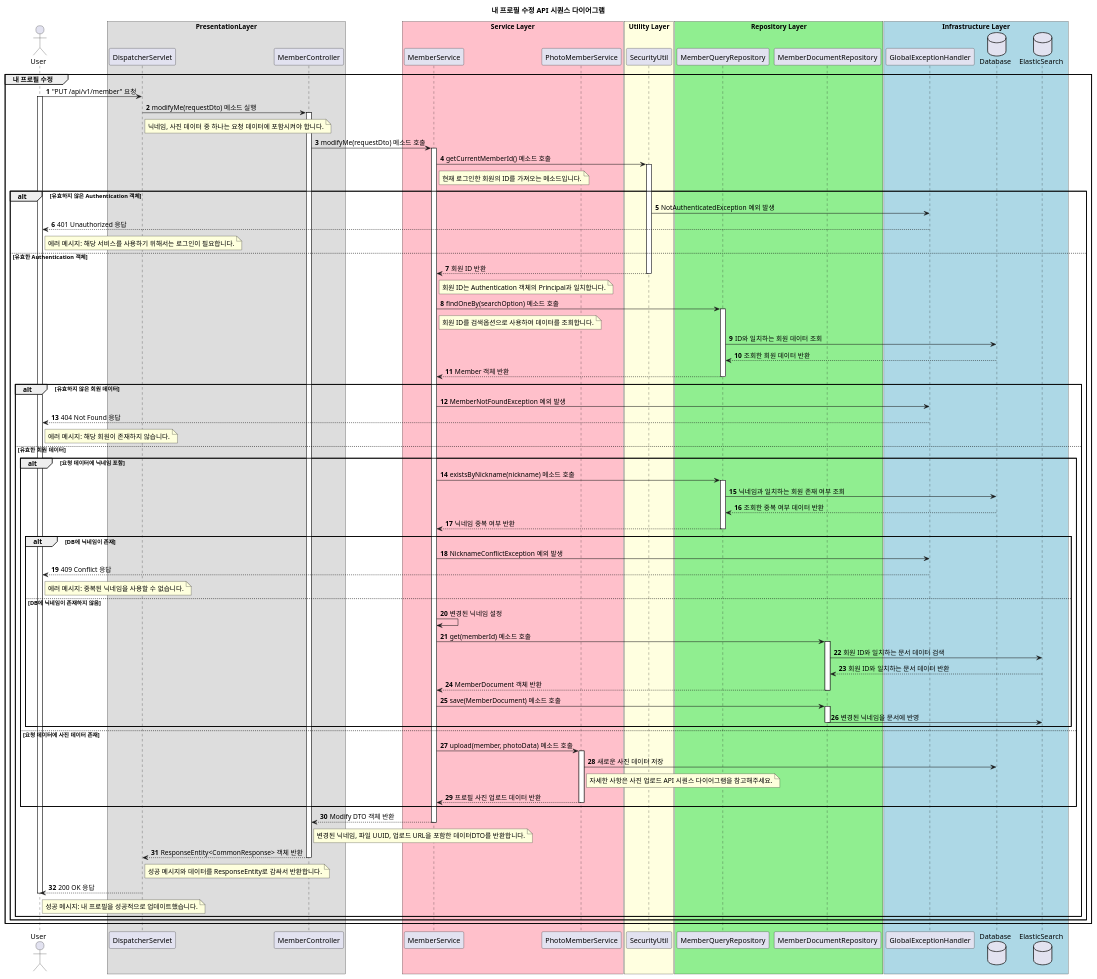
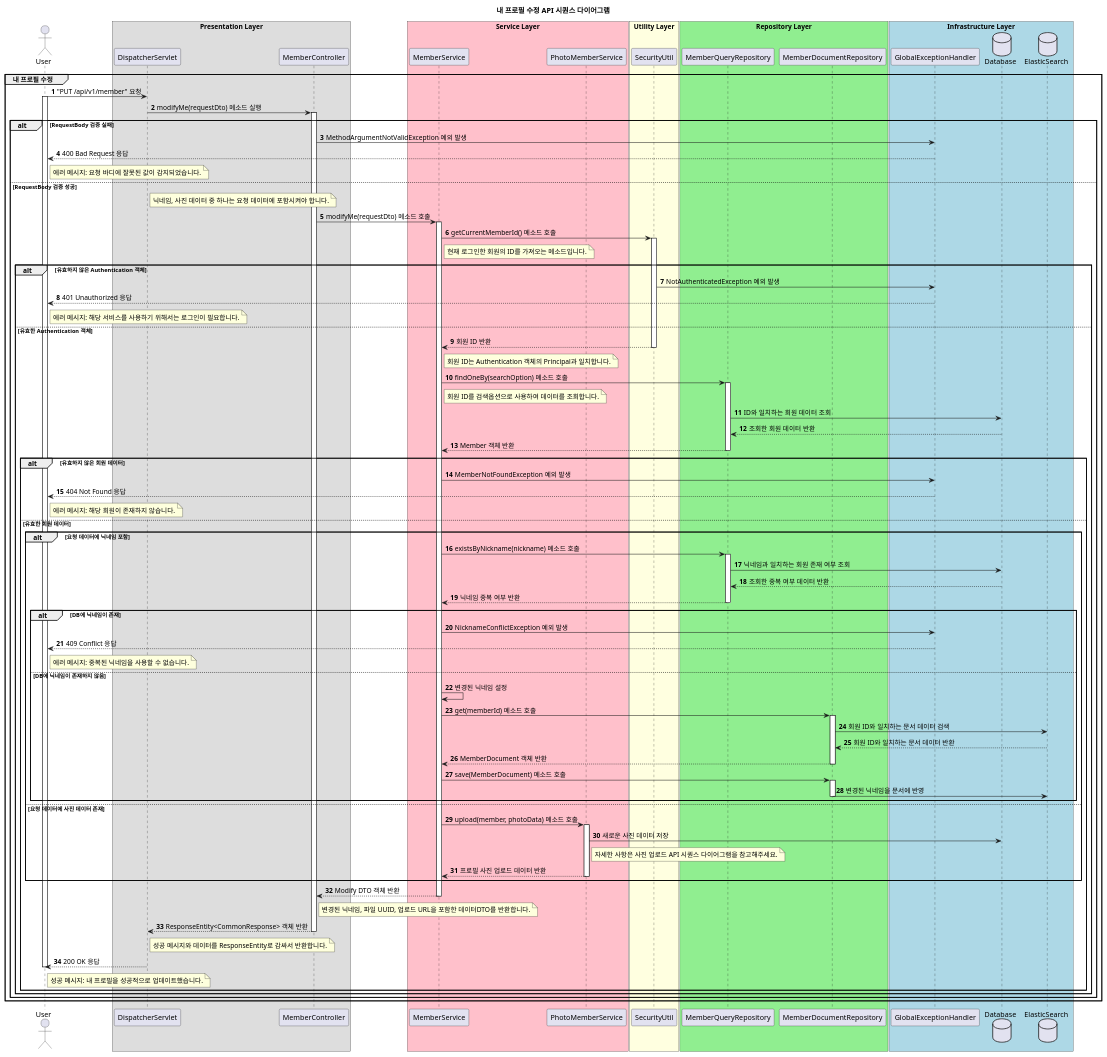
The diagram in docs/sequence/member/PUT_내_프로필_수정.puml (juwon-code/project-skypedia), drawn with PlantUML before and after one commit. The commit also changed 7 other files, not shown here.

First line of the commit message:
docs: 회원 API 시퀀스 다이어그램 수정 및 관리자 API 작성 완료

```diff
--- a/docs/sequence/member/PUT_내_프로필_수정.puml
+++ b/docs/sequence/member/PUT_내_프로필_수정.puml
@@ -1,118 +1,124 @@
 @startuml
 autonumber
 
 title 내 프로필 수정 API 시퀀스 다이어그램
 
 actor User as user
 
-box "PresentationLayer"
+box "Presentation Layer"
     participant "DispatcherServlet" as dispatcher_servlet
     participant "MemberController" as member_controller
 end box
 
 box "Service Layer" #Pink
     participant "MemberService" as member_service
     participant "PhotoMemberService" as photo_member_service
 end box
 
 box "Utility Layer" #LightYellow
     participant "SecurityUtil" as security_util
 end box
 
 box "Repository Layer" #LightGreen
     participant "MemberQueryRepository" as member_query_repository
     participant "MemberDocumentRepository" as member_document_repository
 end box
 
 box "Infrastructure Layer" #LightBlue
     participant "GlobalExceptionHandler" as global_exception_handler
     database "Database" as db
     database "ElasticSearch" as es
 end box
 
 group 내 프로필 수정
     user -> dispatcher_servlet: "PUT /api/v1/member" 요청
     activate user
     dispatcher_servlet -> member_controller: modifyMe(requestDto) 메소드 실행
     activate member_controller
-    note right dispatcher_servlet: 닉네임, 사진 데이터 중 하나는 요청 데이터에 포함시켜야 합니다.
-    member_controller -> member_service: modifyMe(requestDto) 메소드 호출
-    activate member_service
 
-    member_service -> security_util: getCurrentMemberId() 메소드 호출
-    note right member_service: 현재 로그인한 회원의 ID를 가져오는 메소드입니다.
-    activate security_util
+    alt RequestBody 검증 실패
+        member_controller -> global_exception_handler: MethodArgumentNotValidException 예외 발생
+        global_exception_handler --> user: 400 Bad Request 응답
+        note right user: 에러 메시지: 요청 바디에 잘못된 값이 감지되었습니다.
+    else RequestBody 검증 성공
+        note right dispatcher_servlet: 닉네임, 사진 데이터 중 하나는 요청 데이터에 포함시켜야 합니다.
+        member_controller -> member_service: modifyMe(requestDto) 메소드 호출
+        activate member_service
+        member_service -> security_util: getCurrentMemberId() 메소드 호출
+        note right member_service: 현재 로그인한 회원의 ID를 가져오는 메소드입니다.
+        activate security_util
 
-    alt 유효하지 않은 Authentication 객체
-        security_util -> global_exception_handler: NotAuthenticatedException 예외 발생
-        global_exception_handler --> user: 401 Unauthorized 응답
-        note right user: 에러 메시지: 해당 서비스를 사용하기 위해서는 로그인이 필요합니다.
-    else 유효한 Authentication 객체
-        security_util --> member_service: 회원 ID 반환
-        deactivate security_util
-        note right member_service: 회원 ID는 Authentication 객체의 Principal과 일치합니다.
+        alt 유효하지 않은 Authentication 객체
+            security_util -> global_exception_handler: NotAuthenticatedException 예외 발생
+            global_exception_handler --> user: 401 Unauthorized 응답
+            note right user: 에러 메시지: 해당 서비스를 사용하기 위해서는 로그인이 필요합니다.
+        else 유효한 Authentication 객체
+            security_util --> member_service: 회원 ID 반환
+            deactivate security_util
+            note right member_service: 회원 ID는 Authentication 객체의 Principal과 일치합니다.
 
-        member_service -> member_query_repository: findOneBy(searchOption) 메소드 호출
-        note right member_service: 회원 ID를 검색옵션으로 사용하여 데이터를 조회합니다.
-        activate member_query_repository
-        member_query_repository -> db: ID와 일치하는 회원 데이터 조회
-        db --> member_query_repository: 조회한 회원 데이터 반환
-        member_query_repository --> member_service: Member 객체 반환
-        deactivate member_query_repository
-        alt 유효하지 않은 회원 데이터
-            member_service -> global_exception_handler: MemberNotFoundException 예외 발생
-            global_exception_handler --> user: 404 Not Found 응답
-            note right user: 에러 메시지: 해당 회원이 존재하지 않습니다.
-        else 유효한 회원 데이터
-            alt 요청 데이터에 닉네임 포함
-                member_service -> member_query_repository: existsByNickname(nickname) 메소드 호출
-                activate member_query_repository
-                member_query_repository -> db: 닉네임과 일치하는 회원 존재 여부 조회
-                db --> member_query_repository: 조회한 중복 여부 데이터 반환
-                member_query_repository --> member_service: 닉네임 중복 여부 반환
-                deactivate member_query_repository
-                alt DB에 닉네임이 존재
-                    member_service -> global_exception_handler: NicknameConflictException 예외 발생
-                    global_exception_handler --> user: 409 Conflict 응답
-                    note right user: 에러 메시지: 중복된 닉네임을 사용할 수 없습니다.
-                else DB에 닉네임이 존재하지 않음
-                    member_service -> member_service: 변경된 닉네임 설정
-                    member_service -> member_document_repository: get(memberId) 메소드 호출
-                    activate member_document_repository
+            member_service -> member_query_repository: findOneBy(searchOption) 메소드 호출
+            note right member_service: 회원 ID를 검색옵션으로 사용하여 데이터를 조회합니다.
+            activate member_query_repository
+            member_query_repository -> db: ID와 일치하는 회원 데이터 조회
+            db --> member_query_repository: 조회한 회원 데이터 반환
+            member_query_repository --> member_service: Member 객체 반환
+            deactivate member_query_repository
+            alt 유효하지 않은 회원 데이터
+                member_service -> global_exception_handler: MemberNotFoundException 예외 발생
+                global_exception_handler --> user: 404 Not Found 응답
+                note right user: 에러 메시지: 해당 회원이 존재하지 않습니다.
+            else 유효한 회원 데이터
+                alt 요청 데이터에 닉네임 포함
+                    member_service -> member_query_repository: existsByNickname(nickname) 메소드 호출
+                    activate member_query_repository
+                    member_query_repository -> db: 닉네임과 일치하는 회원 존재 여부 조회
+                    db --> member_query_repository: 조회한 중복 여부 데이터 반환
+                    member_query_repository --> member_service: 닉네임 중복 여부 반환
+                    deactivate member_query_repository
+                    alt DB에 닉네임이 존재
+                        member_service -> global_exception_handler: NicknameConflictException 예외 발생
+                        global_exception_handler --> user: 409 Conflict 응답
+                        note right user: 에러 메시지: 중복된 닉네임을 사용할 수 없습니다.
+                    else DB에 닉네임이 존재하지 않음
+                        member_service -> member_service: 변경된 닉네임 설정
+                        member_service -> member_document_repository: get(memberId) 메소드 호출
+                        activate member_document_repository
 
-                    member_document_repository -> es: 회원 ID와 일치하는 문서 데이터 검색
-                    es --> member_document_repository: 회원 ID와 일치하는 문서 데이터 반환
-                    member_document_repository --> member_service: MemberDocument 객체 반환
-                    deactivate member_document_repository
+                        member_document_repository -> es: 회원 ID와 일치하는 문서 데이터 검색
+                        es --> member_document_repository: 회원 ID와 일치하는 문서 데이터 반환
+                        member_document_repository --> member_service: MemberDocument 객체 반환
+                        deactivate member_document_repository
 
-                    member_service -> member_document_repository: save(MemberDocument) 메소드 호출
-                    activate member_document_repository
-                    member_document_repository -> es: 변경된 닉네임을 문서에 반영
-                    deactivate member_document_repository
+                        member_service -> member_document_repository: save(MemberDocument) 메소드 호출
+                        activate member_document_repository
+                        member_document_repository -> es: 변경된 닉네임을 문서에 반영
+                        deactivate member_document_repository
+                    end
+                else 요청 데이터에 사진 데이터 존재
+                    member_service -> photo_member_service: upload(member, photoData) 메소드 호출
+                    activate photo_member_service
+                    photo_member_service -> db: 새로운 사진 데이터 저장
+                    note right photo_member_service: 자세한 사항은 사진 업로드 API 시퀀스 다이어그램을 참고해주세요.
+                    photo_member_service --> member_service: 프로필 사진 업로드 데이터 반환
+                    deactivate photo_member_service
                 end
-            else 요청 데이터에 사진 데이터 존재
-                member_service -> photo_member_service: upload(member, photoData) 메소드 호출
-                activate photo_member_service
-                photo_member_service -> db: 새로운 사진 데이터 저장
-                note right photo_member_service: 자세한 사항은 사진 업로드 API 시퀀스 다이어그램을 참고해주세요.
-                photo_member_service --> member_service: 프로필 사진 업로드 데이터 반환
-                deactivate photo_member_service
+
+                member_service --> member_controller: Modify DTO 객체 반환
+                note right of member_controller
+                    변경된 닉네임, 파일 UUID, 업로드 URL을 포함한 데이터DTO를 반환합니다.
+                end note
+                deactivate member_service
+
+                member_controller --> dispatcher_servlet: ResponseEntity<CommonResponse> 객체 반환
+                note right dispatcher_servlet: 성공 메시지와 데이터를 ResponseEntity로 감싸서 반환합니다.
+                deactivate member_controller
+
+                dispatcher_servlet --> user: 200 OK 응답
+                note right user: 성공 메시지: 내 프로필을 성공적으로 업데이트했습니다.
+                deactivate user
             end
-
-            member_service --> member_controller: Modify DTO 객체 반환
-            note right of member_controller
-                변경된 닉네임, 파일 UUID, 업로드 URL을 포함한 데이터DTO를 반환합니다.
-            end note
-            deactivate member_service
-
-            member_controller --> dispatcher_servlet: ResponseEntity<CommonResponse> 객체 반환
-            note right dispatcher_servlet: 성공 메시지와 데이터를 ResponseEntity로 감싸서 반환합니다.
-            deactivate member_controller
-
-            dispatcher_servlet --> user: 200 OK 응답
-            note right user: 성공 메시지: 내 프로필을 성공적으로 업데이트했습니다.
-            deactivate user
         end
     end
 end
 @enduml
```
